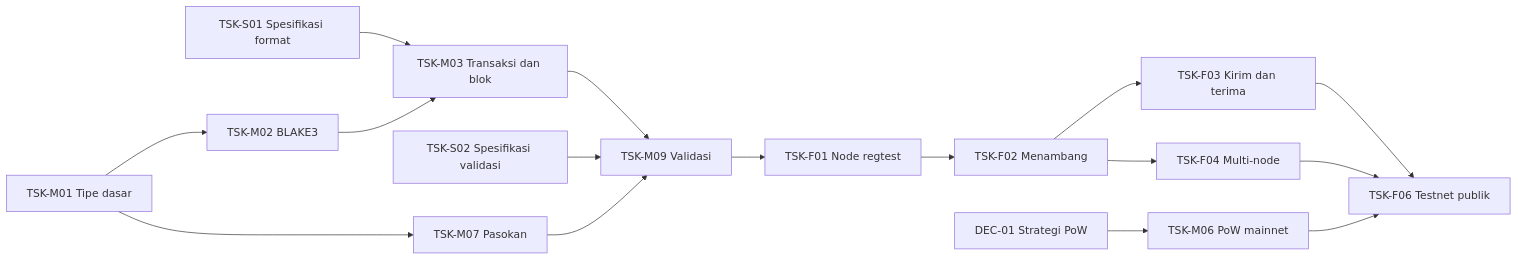
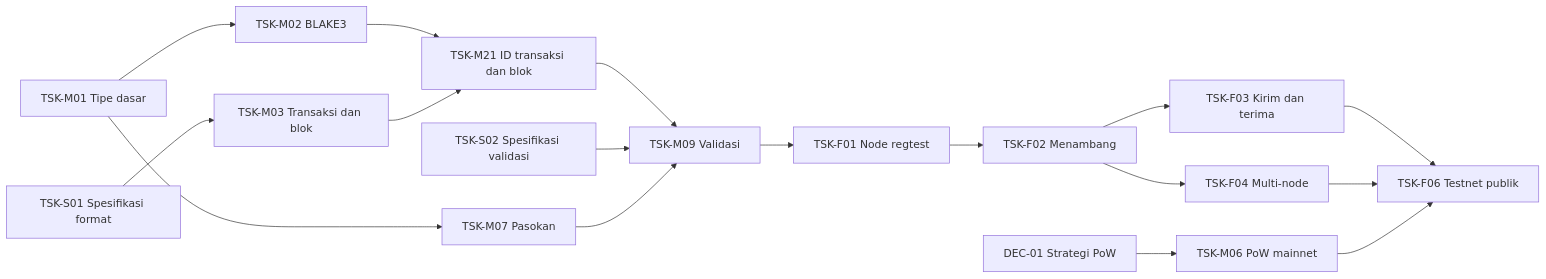
The diagram in docs/tasks/README.md (ratuaurion-dev/zevrigo), drawn with Mermaid before and after one commit. The commit also changed other lines of this file and 4 other files, not shown here.

Commit message:
docs: kartu TSK-M02 dan TSK-M04, koreksi dependensi TSK-M03 (TSK-M21)

````diff
--- a/docs/tasks/README.md
+++ b/docs/tasks/README.md
@@ -75,18 +76,19 @@
 ```mermaid
 graph LR
   TSKM01[TSK-M01 Tipe dasar] --> TSKM02[TSK-M02 BLAKE3]
   TSKM01 --> TSKM07[TSK-M07 Pasokan]
   TSKS01[TSK-S01 Spesifikasi format] --> TSKM03[TSK-M03 Transaksi dan blok]
-  TSKM02 --> TSKM03
-  TSKM03 --> TSKM09[TSK-M09 Validasi]
+  TSKM02 --> TSKM21[TSK-M21 ID transaksi dan blok]
+  TSKM03 --> TSKM21
+  TSKM21 --> TSKM09[TSK-M09 Validasi]
   TSKS02[TSK-S02 Spesifikasi validasi] --> TSKM09
   TSKM07 --> TSKM09
   TSKM09 --> TSKF01[TSK-F01 Node regtest]
   TSKF01 --> TSKF02[TSK-F02 Menambang]
   TSKF02 --> TSKF03[TSK-F03 Kirim dan terima]
   TSKF02 --> TSKF04[TSK-F04 Multi-node]
   TSKF03 --> TSKF06[TSK-F06 Testnet publik]
   TSKF04 --> TSKF06
   DEC01[DEC-01 Strategi PoW] --> TSKM06[TSK-M06 PoW mainnet]
   TSKM06 --> TSKF06
 ```
````
